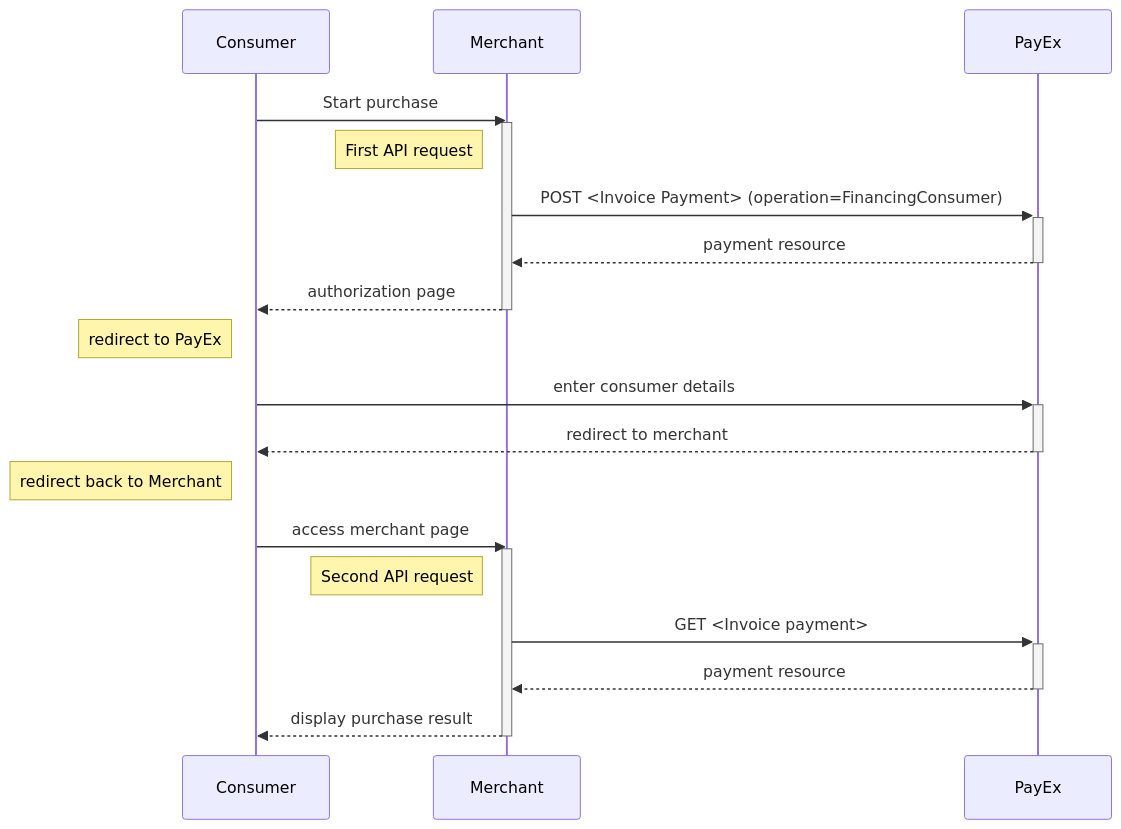
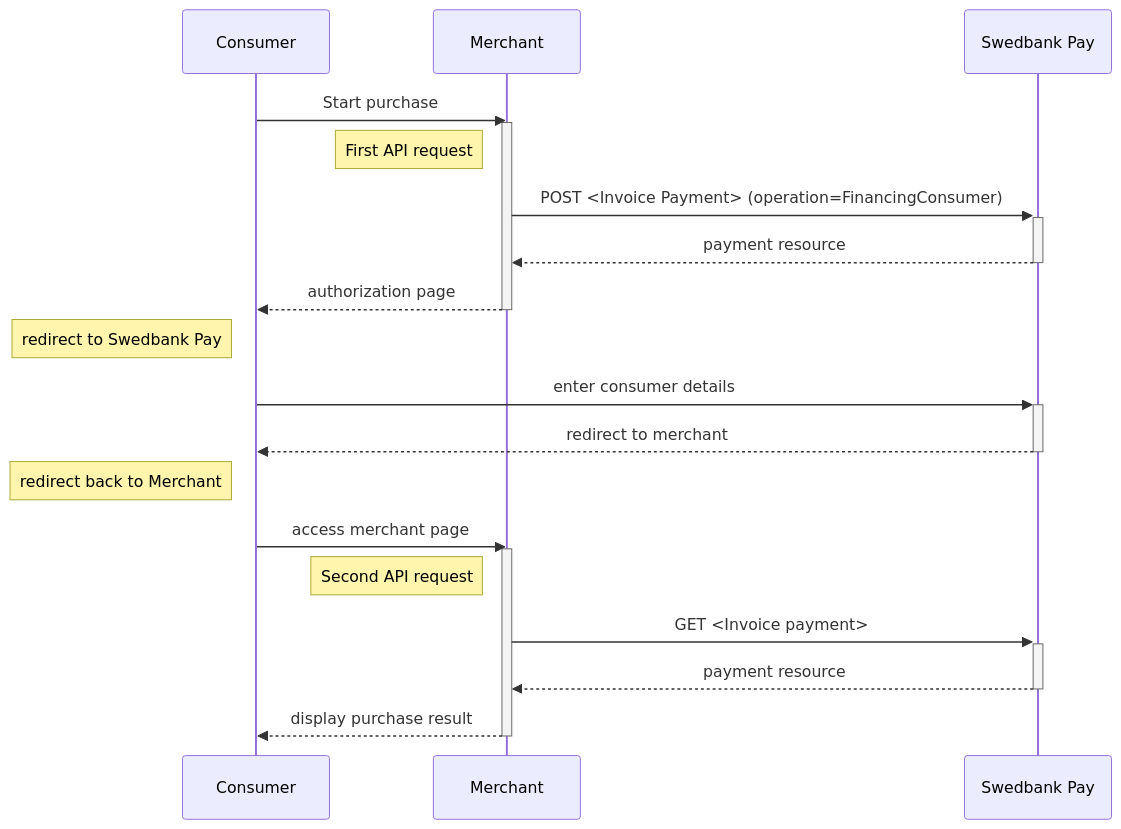
Before and after one commit to SwedbankPay/developer.swedbankpay.com: the diagram in payments/invoice/redirect.md, drawn with Mermaid. The commit also changed other lines of this file and 5 other files, not shown here.

````diff
--- a/payments/invoice/redirect.md
+++ b/payments/invoice/redirect.md
@@ -54,20 +74,20 @@
 ```mermaid
 sequenceDiagram
     Consumer->>Merchant: Start purchase
     activate Merchant
     note left of Merchant: First API request
-    Merchant->>+PayEx: POST <Invoice Payment> (operation=FinancingConsumer)
-    PayEx-->>-Merchant: payment resource
+    Merchant->>+Swedbank Pay: POST <Invoice Payment> (operation=FinancingConsumer)
+    Swedbank Pay-->>-Merchant: payment resource
     Merchant-->>-Consumer: authorization page
-    note left of Consumer: redirect to PayEx
-    Consumer->>+PayEx: enter consumer details
-    PayEx-->>-Consumer: redirect to merchant
+    note left of Consumer: redirect to Swedbank Pay
+    Consumer->>+Swedbank Pay: enter consumer details
+    Swedbank Pay-->>-Consumer: redirect to merchant
     note left of Consumer: redirect back to Merchant
     Consumer->>Merchant: access merchant page
     activate Merchant
     note left of Merchant: Second API request
-    Merchant->>+PayEx: GET <Invoice payment>
-    PayEx-->>-Merchant: payment resource
+    Merchant->>+Swedbank Pay: GET <Invoice payment>
+    Swedbank Pay-->>-Merchant: payment resource
     Merchant-->>Consumer: display purchase result
     deactivate Merchant
 ```
````
